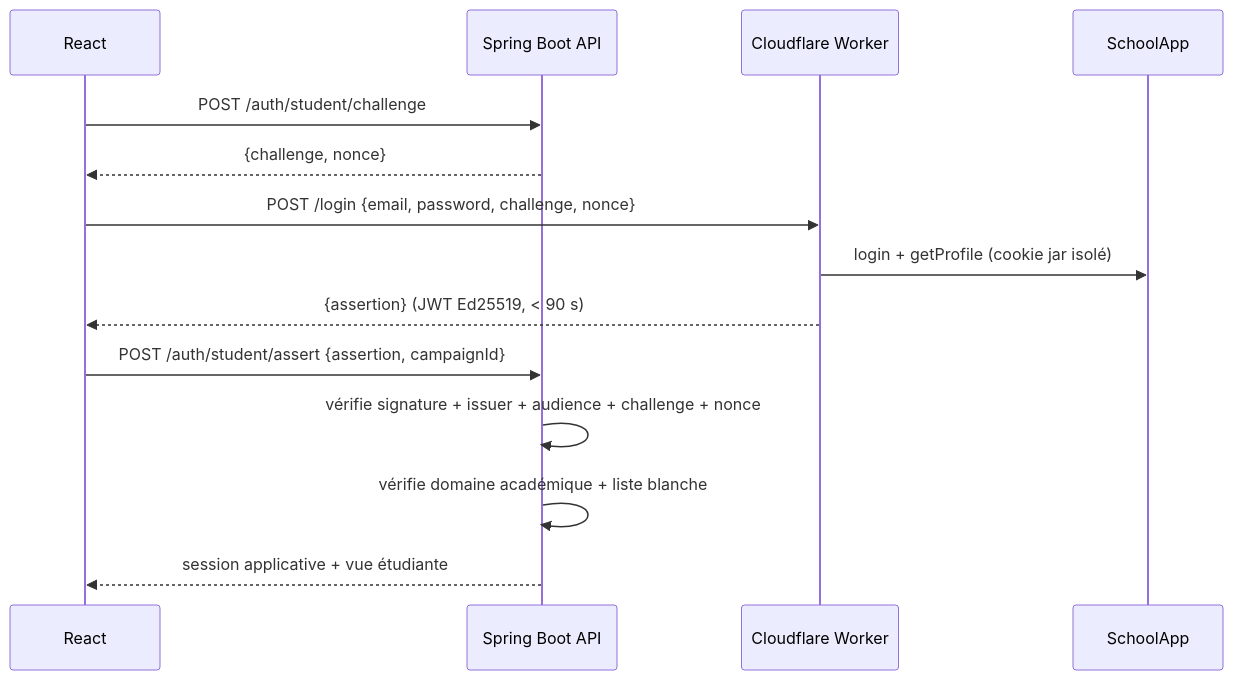
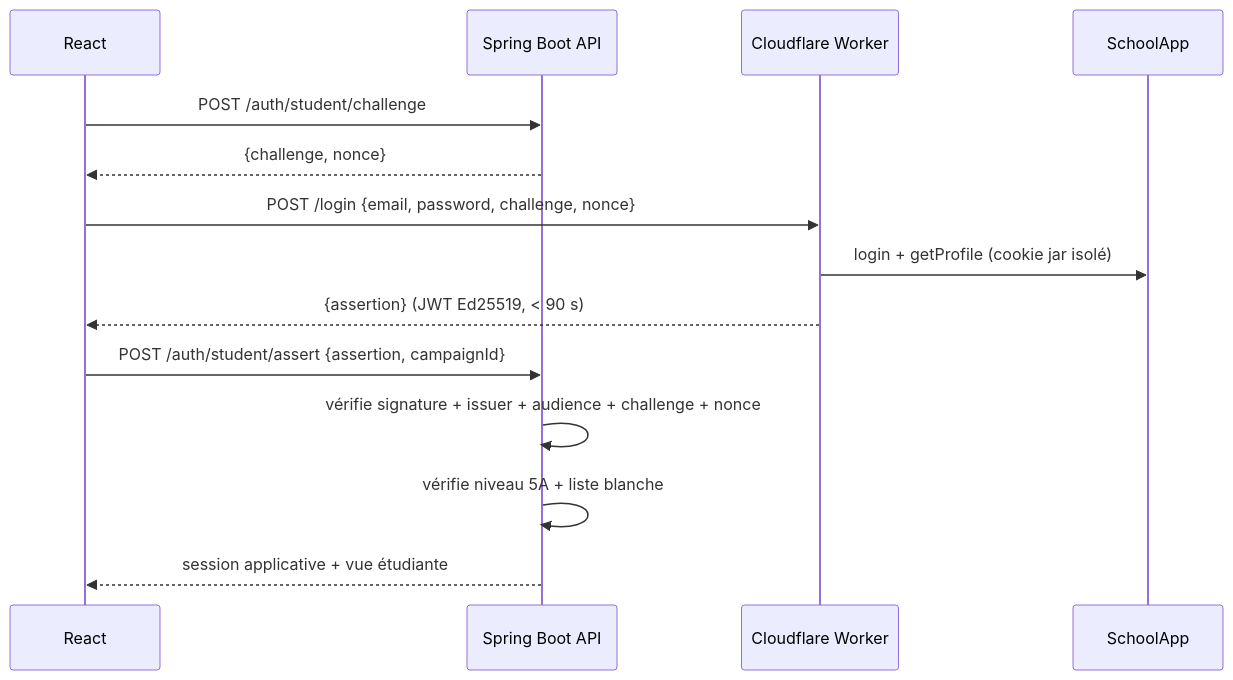
One commit to NacreousDawn596/FAME changed the fourth of 4 diagrams in README.md. Above: the diagram before and after it, drawn with Mermaid. The commit also changed other lines of this file and 17 other files, not shown here.

````diff
--- a/README.md
+++ b/README.md
@@ -270,17 +270,17 @@
 ```mermaid
 sequenceDiagram
     participant R as React
     participant A as Spring Boot API
     participant W as Cloudflare Worker
     participant S as SchoolApp
 
     R->>A: POST /auth/student/challenge
     A-->>R: {challenge, nonce}
     R->>W: POST /login {email, password, challenge, nonce}
     W->>S: login + getProfile (cookie jar isolé)
     W-->>R: {assertion} (JWT Ed25519, < 90 s)
     R->>A: POST /auth/student/assert {assertion, campaignId}
     A->>A: vérifie signature + issuer + audience + challenge + nonce
-    A->>A: vérifie domaine académique + liste blanche
+    A->>A: vérifie niveau 5A + liste blanche
     A-->>R: session applicative + vue étudiante
 ```
````
